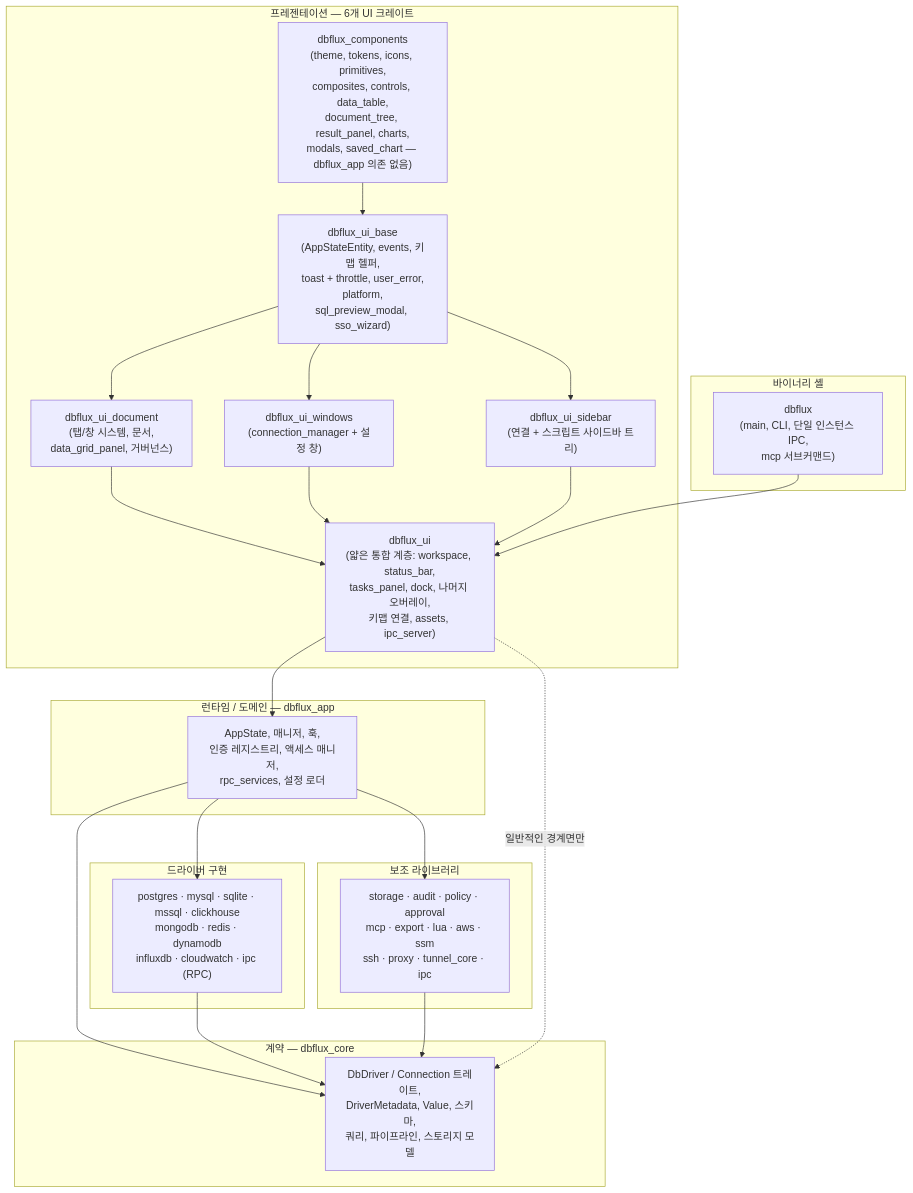
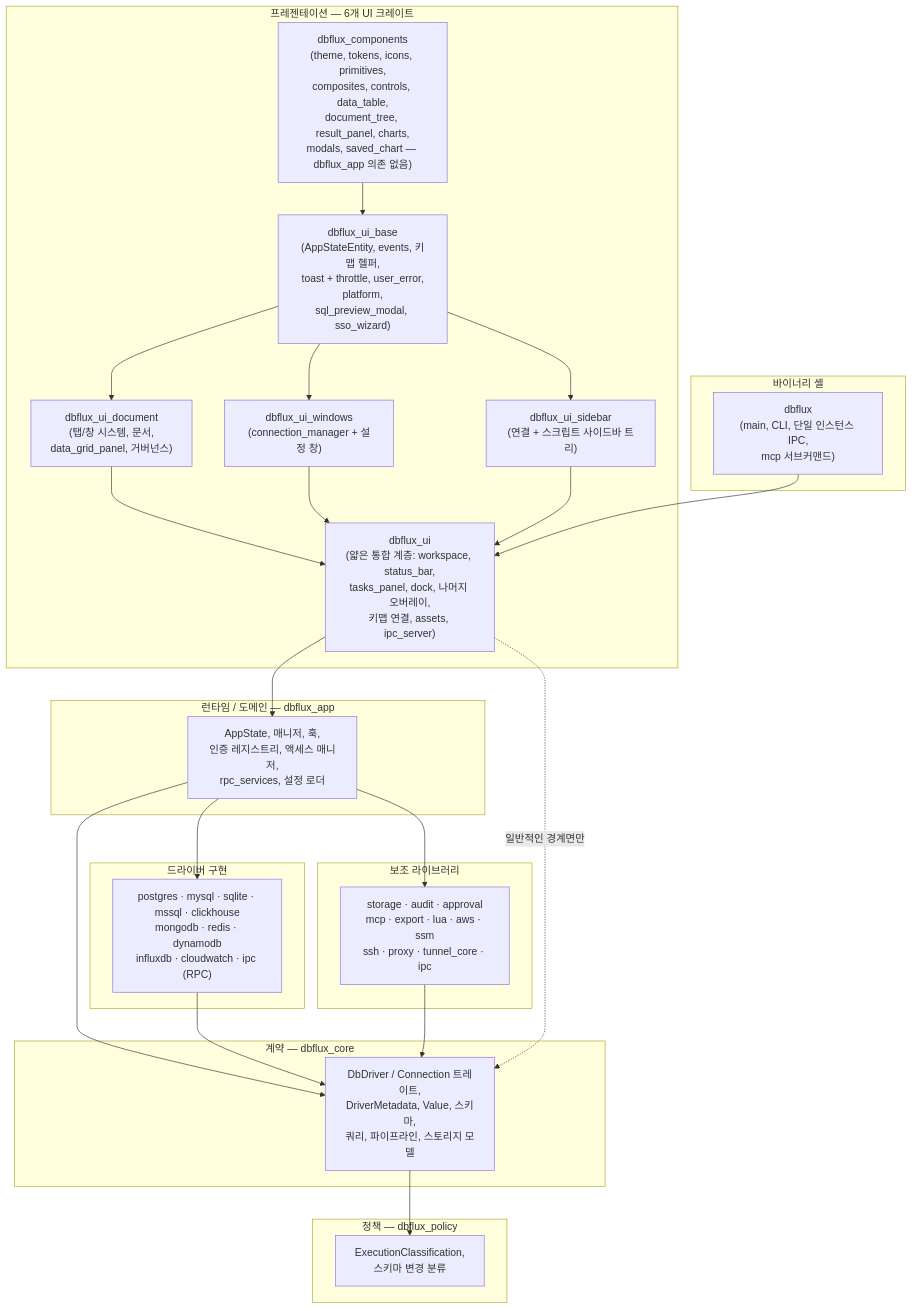
One commit to 0xErwin1/dbflux changed the first of 3 diagrams in docs/ko/ARCHITECTURE.md. Above: the diagram before and after it, drawn with Mermaid. The commit also changed other lines of this file and 4 other files, not shown here.

First line of the commit message:
docs: correct stale architecture facts in AGENTS.md and ARCHITECTURE.md (#1054)

````diff
--- a/docs/ko/ARCHITECTURE.md
+++ b/docs/ko/ARCHITECTURE.md
@@ -20,39 +20,44 @@
 ```mermaid
 flowchart TB
     subgraph Shell["바이너리 셸"]
         bin["dbflux<br/>(main, CLI, 단일 인스턴스 IPC,<br/>mcp 서브커맨드)"]
     end
 
     subgraph UI["프레젠테이션 — 6개 UI 크레이트"]
         uicomp["dbflux_components<br/>(theme, tokens, icons, primitives,<br/>composites, controls, data_table,<br/>document_tree, result_panel, charts,<br/>modals, saved_chart — dbflux_app 의존 없음)"]
         uibase["dbflux_ui_base<br/>(AppStateEntity, events, 키맵 헬퍼,<br/>toast + throttle, user_error,<br/>platform,<br/>sql_preview_modal, sso_wizard)"]
         uidoc["dbflux_ui_document<br/>(탭/창 시스템, 문서,<br/>data_grid_panel, 거버넌스)"]
         uisidebar["dbflux_ui_sidebar<br/>(연결 + 스크립트 사이드바 트리)"]
         uiwindows["dbflux_ui_windows<br/>(connection_manager + 설정 창)"]
         uithin["dbflux_ui<br/>(얇은 통합 계층: workspace, status_bar,<br/>tasks_panel, dock, 나머지 오버레이,<br/>키맵 연결, assets, ipc_server)"]
         uicomp --> uibase --> uidoc & uiwindows & uisidebar --> uithin
     end
 
     subgraph Runtime["런타임 / 도메인 — dbflux_app"]
         app["AppState, 매니저, 훅,<br/>인증 레지스트리, 액세스 매니저,<br/>rpc_services, 설정 로더"]
     end
 
     subgraph Core["계약 — dbflux_core"]
         core["DbDriver / Connection 트레이트,<br/>DriverMetadata, Value, 스키마,<br/>쿼리, 파이프라인, 스토리지 모델"]
     end
 
     subgraph Drivers["드라이버 구현"]
         drv["postgres · mysql · sqlite · mssql · clickhouse<br/>mongodb · redis · dynamodb<br/>influxdb · cloudwatch · ipc (RPC)"]
     end
 
     subgraph Support["보조 라이브러리"]
-        sup["storage · audit · policy · approval<br/>mcp · export · lua · aws · ssm<br/>ssh · proxy · tunnel_core · ipc"]
+        sup["storage · audit · approval<br/>mcp · export · lua · aws · ssm<br/>ssh · proxy · tunnel_core · ipc"]
+    end
+
+    subgraph Policy["정책 — dbflux_policy"]
+        policy["ExecutionClassification,<br/>스키마 변경 분류"]
     end
 
     bin --> uithin --> app --> core
     drv --> core
     sup --> core
+    core --> policy
     app --> drv
     app --> sup
     uithin -. "일반적인 경계면만" .-> core
 ```
````
